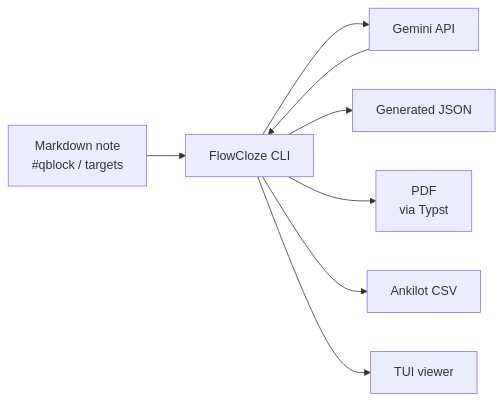
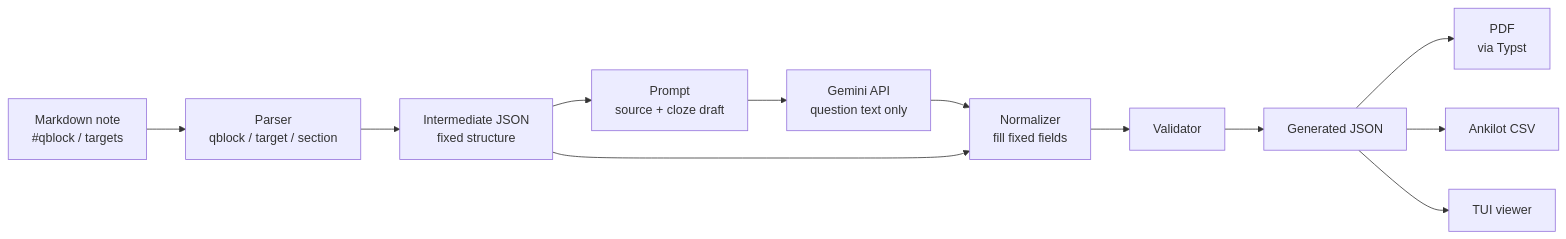
The diagram in README.md (sankaku789/FlowCloze), drawn with Mermaid before and after one commit. The commit also changed other lines of this file and 19 other files, not shown here.

````diff
--- a/README.md
+++ b/README.md
@@ -38,10 +39,14 @@
 ```mermaid
 flowchart LR
-    note[Markdown note<br/>#qblock / targets] --> cli[FlowCloze CLI]
-    cli --> gemini[Gemini API]
-    gemini --> cli
-    cli --> json[Generated JSON]
-    cli --> pdf[PDF<br/>via Typst]
-    cli --> csv[Ankilot CSV]
-    cli --> tui[TUI viewer]
+    note[Markdown note<br/>#qblock / targets] --> parse[Parser<br/>qblock / target / section]
+    parse --> intermediate[Intermediate JSON<br/>fixed structure]
+    intermediate --> prompt[Prompt<br/>source + cloze draft]
+    prompt --> gemini[Gemini API<br/>question text only]
+    gemini --> normalize[Normalizer<br/>fill fixed fields]
+    intermediate --> normalize
+    normalize --> validate[Validator]
+    validate --> json[Generated JSON]
+    json --> pdf[PDF<br/>via Typst]
+    json --> csv[Ankilot CSV]
+    json --> tui[TUI viewer]
 ```
````
